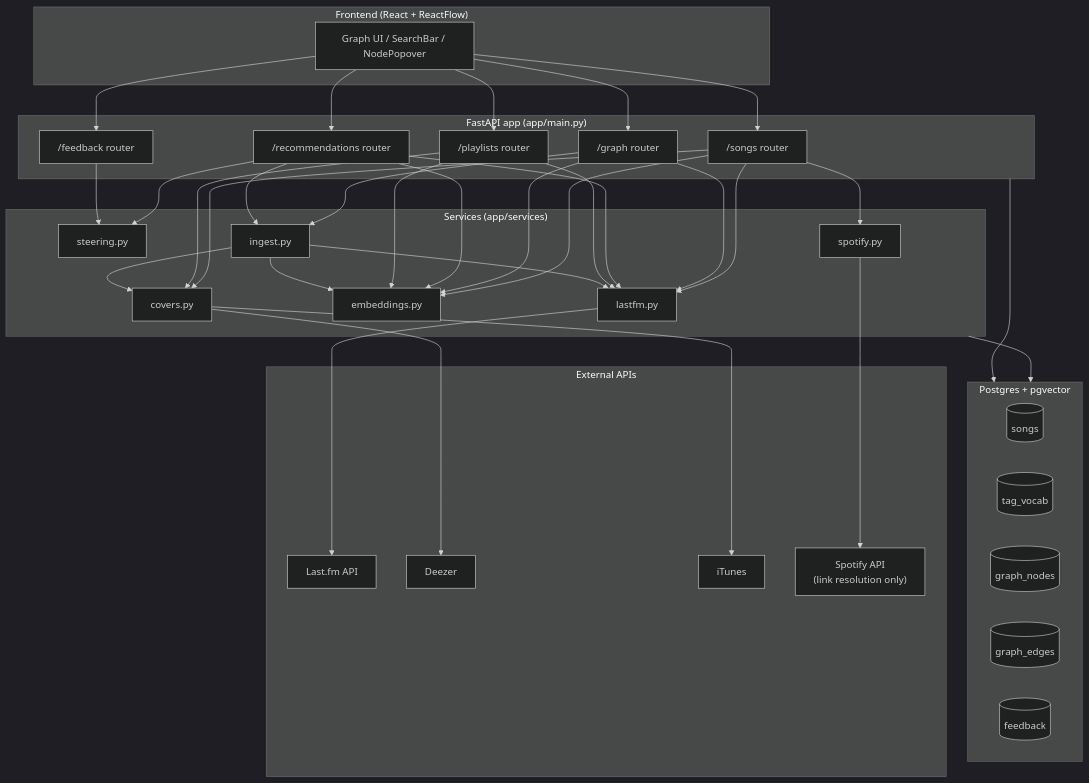
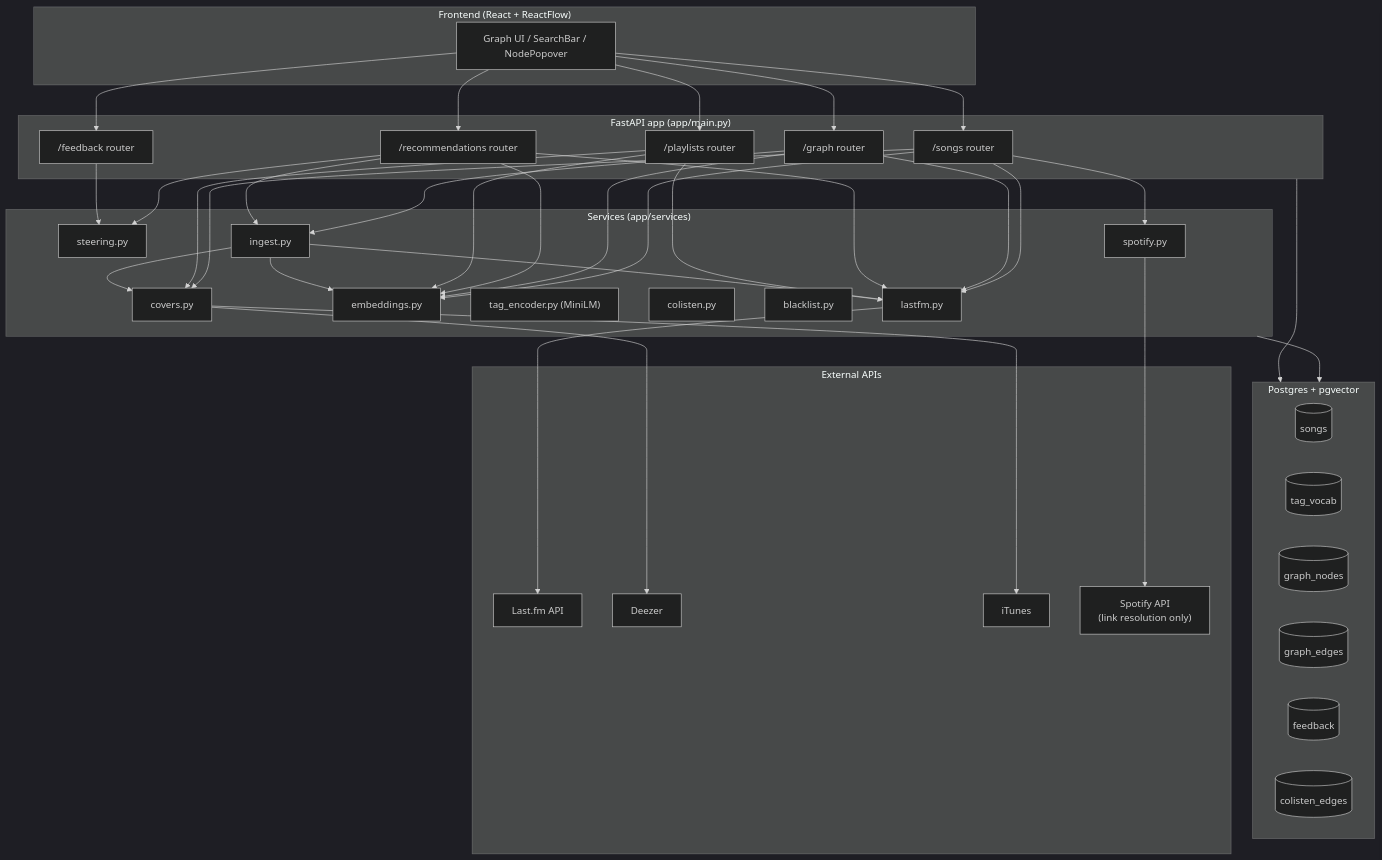
One commit to pedro-boudoux/pyo changed the first of 13 diagrams in ARCHITECTURE.md. Above: the diagram before and after it, drawn with Mermaid (dark theme). The commit also changed other lines of this file and 2 other files, not shown here.

````diff
--- a/ARCHITECTURE.md
+++ b/ARCHITECTURE.md
@@ -37,54 +43,58 @@
 ```mermaid
 graph TB
     subgraph client["Frontend (React + ReactFlow)"]
         UI["Graph UI / SearchBar / NodePopover"]
     end
 
     subgraph api["FastAPI app (app/main.py)"]
         R_songs["/songs router"]
         R_graph["/graph router"]
         R_recs["/recommendations router"]
         R_fb["/feedback router"]
         R_pl["/playlists router"]
     end
 
     subgraph svc["Services (app/services)"]
         S_lastfm["lastfm.py"]
         S_emb["embeddings.py"]
+        S_tagenc["tag_encoder.py (MiniLM)"]
         S_steer["steering.py"]
         S_ingest["ingest.py"]
+        S_colisten["colisten.py"]
+        S_blacklist["blacklist.py"]
         S_covers["covers.py"]
         S_spotify["spotify.py"]
     end
 
     subgraph data["Postgres + pgvector"]
         T_songs[("songs")]
         T_vocab[("tag_vocab")]
         T_nodes[("graph_nodes")]
         T_edges[("graph_edges")]
         T_fb[("feedback")]
+        T_colisten[("colisten_edges")]
     end
 
     subgraph ext["External APIs"]
         E_lastfm["Last.fm API"]
         E_deezer["Deezer"]
         E_itunes["iTunes"]
         E_spotify["Spotify API<br/>(link resolution only)"]
     end
 
     UI --> R_songs & R_graph & R_recs & R_fb & R_pl
 
     R_songs --> S_lastfm & S_emb & S_covers & S_spotify
     R_graph --> S_lastfm & S_emb & S_ingest
     R_recs --> S_steer & S_ingest & S_emb & S_lastfm
     R_fb --> S_steer
     R_pl --> S_lastfm & S_emb & S_covers
 
     S_lastfm --> E_lastfm
     S_covers --> E_deezer & E_itunes
     S_spotify --> E_spotify
     S_ingest --> S_lastfm & S_emb & S_covers
 
     svc --> data
     api --> data
 ```
````
